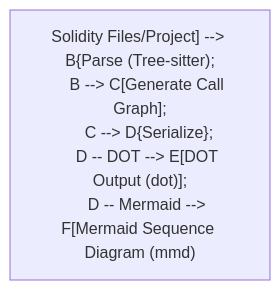
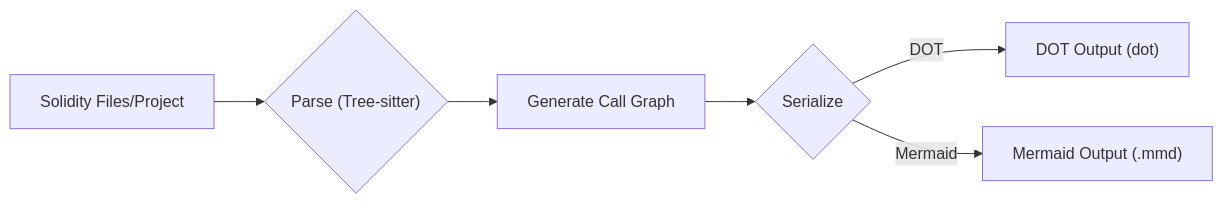
One commit to calltrace/traverse changed the diagram in README.md. Above: the diagram before and after it, drawn with Mermaid.

Commit message:
Update README.md
fixed diagram snippet

````diff
--- a/README.md
+++ b/README.md
@@ -36,8 +36,8 @@
 ```mermaid
 graph LR
-    A["Solidity Files/Project] --> B{Parse (Tree-sitter);
+    A[Solidity Files/Project] --> B{"Parse (Tree-sitter)"};
     B --> C[Generate Call Graph];
     C --> D{Serialize};
-    D -- DOT --> E[DOT Output (dot)];
-    D -- Mermaid --> F[Mermaid Sequence Diagram (mmd)"];
+    D -- DOT --> E["DOT Output (dot)"];
+    D -- Mermaid --> F["Mermaid Output (.mmd)"];
 ```
````
